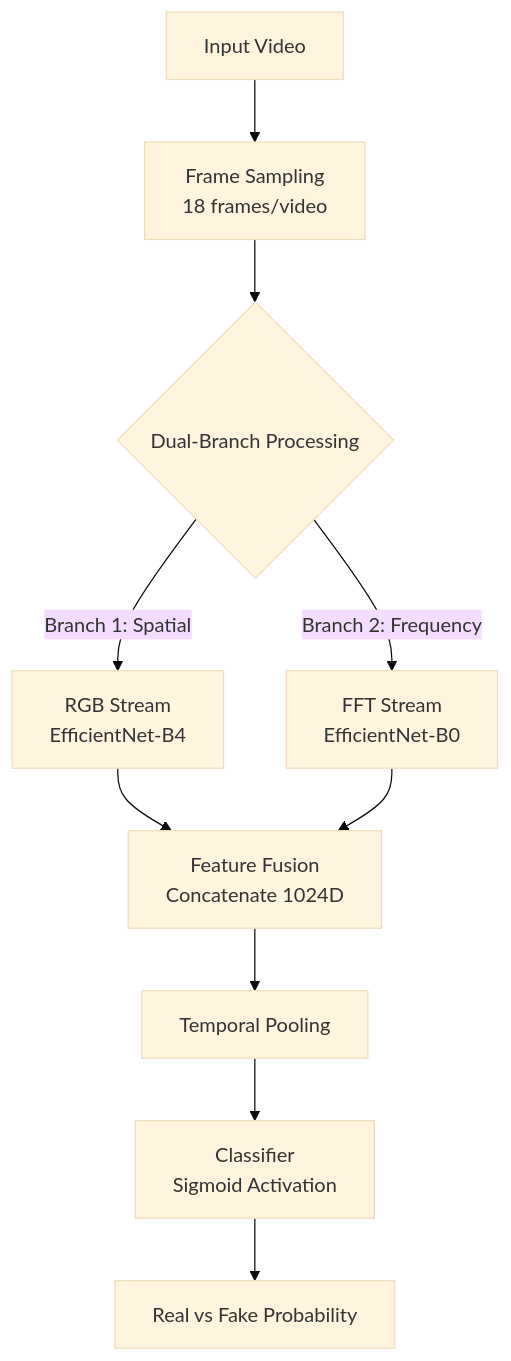
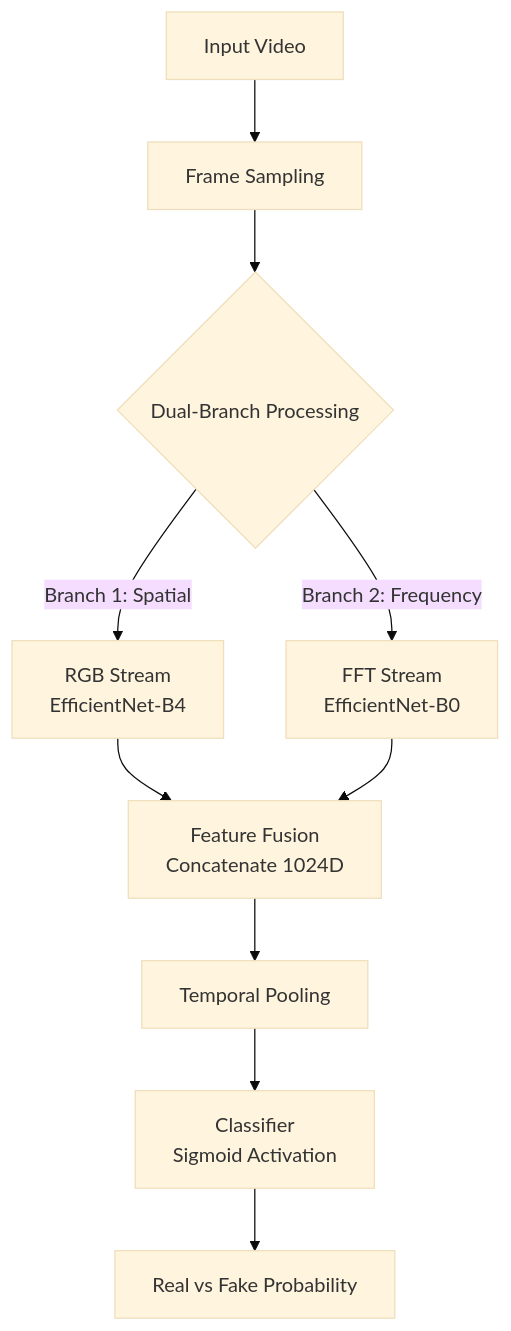
One commit to shreyankbr/FakeBuster-DeepFake-Detection-System changed the diagram in README.md. Above: the diagram before and after it, drawn with Mermaid (base theme). The commit also changed other lines of this file, not shown here.

`````diff
--- a/README.md
+++ b/README.md
@@ -25,12 +25,12 @@
 ```mermaid
 graph TD
-    Input[Input Video] --> S[Frame Sampling<br/>18 frames/video]
+    Input[Input Video] --> S[Frame Sampling]
     S --> B{Dual-Branch Processing}
     B -->|Branch 1: Spatial| C[RGB Stream<br/>EfficientNet-B4]
     B -->|Branch 2: Frequency| D[FFT Stream<br/>EfficientNet-B0]
     C --> E[Feature Fusion<br/>Concatenate 1024D]
     D --> E
     E --> F[Temporal Pooling]
     F --> G[Classifier<br/>Sigmoid Activation]
     G --> Output[Real vs Fake Probability]
 ````
`````
